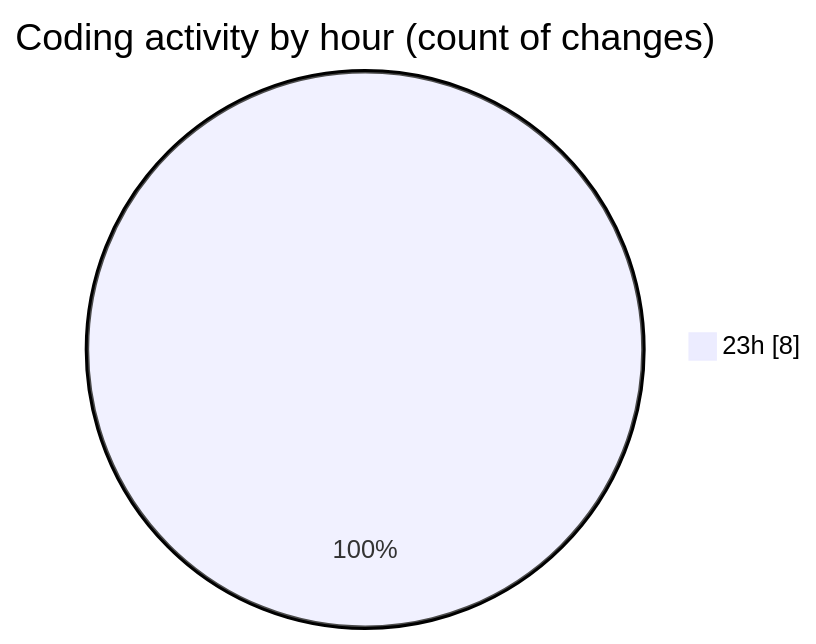
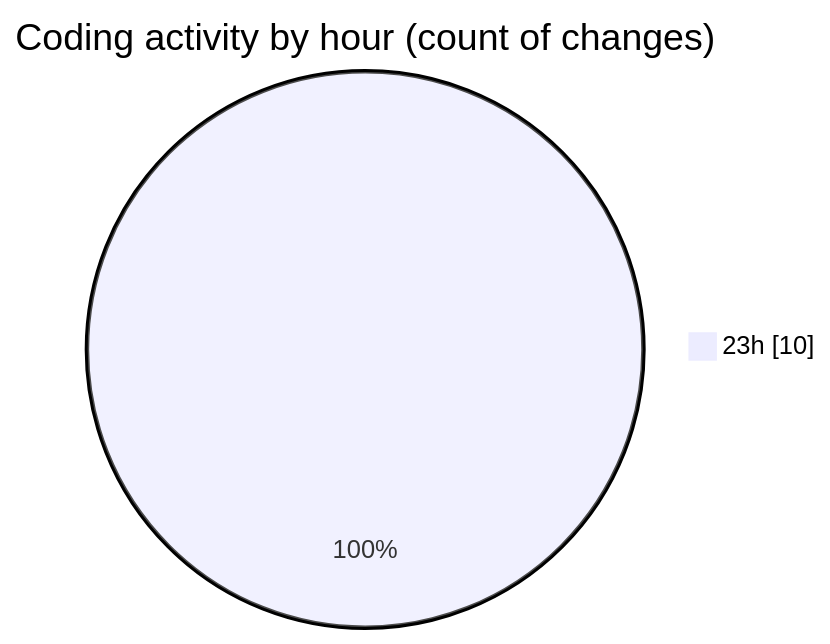
One commit to nxtqubesakshisongat/code-tracking changed the second of 2 diagrams in 2026-03-14/nxtqube_webapp/README.md. Above: the diagram before and after it, drawn with Mermaid. The commit also changed other lines of this file and 1 other file, not shown here.

````diff
--- a/2026-03-14/nxtqube_webapp/README.md
+++ b/2026-03-14/nxtqube_webapp/README.md
@@ -29,5 +30,5 @@
 ```mermaid
 pie showData
 title Coding activity by hour (count of changes)
-"23h" : 8
+"23h" : 10
 ```
````
